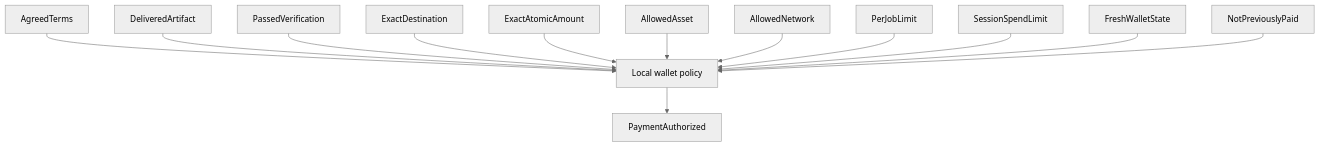
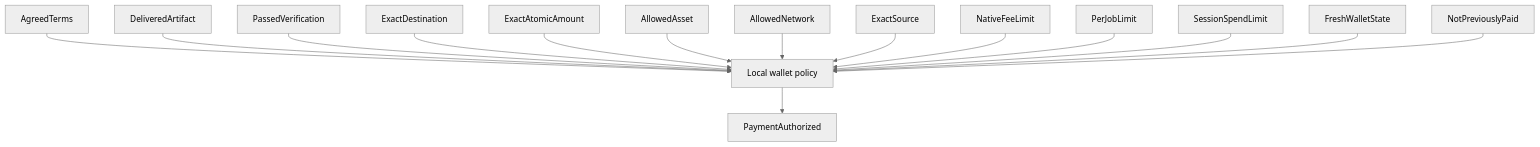
One commit to 0xgleb/agentopoly changed the seventh of 8 diagrams in SPEC.md. Above: the diagram before and after it, drawn with Mermaid (neutral theme). The commit also changed other lines of this file and 12 other files, not shown here.

````diff
--- a/SPEC.md
+++ b/SPEC.md
@@ -140,15 +150,17 @@
 ```mermaid
 flowchart TD
   AgreedTerms --> Policy["Local wallet policy"]
   DeliveredArtifact --> Policy
   PassedVerification --> Policy
   ExactDestination --> Policy
   ExactAtomicAmount --> Policy
   AllowedAsset --> Policy
   AllowedNetwork --> Policy
+  ExactSource --> Policy
+  NativeFeeLimit --> Policy
   PerJobLimit --> Policy
   SessionSpendLimit --> Policy
   FreshWalletState --> Policy
   NotPreviouslyPaid --> Policy
   Policy --> PaymentAuthorized
 ```
````
